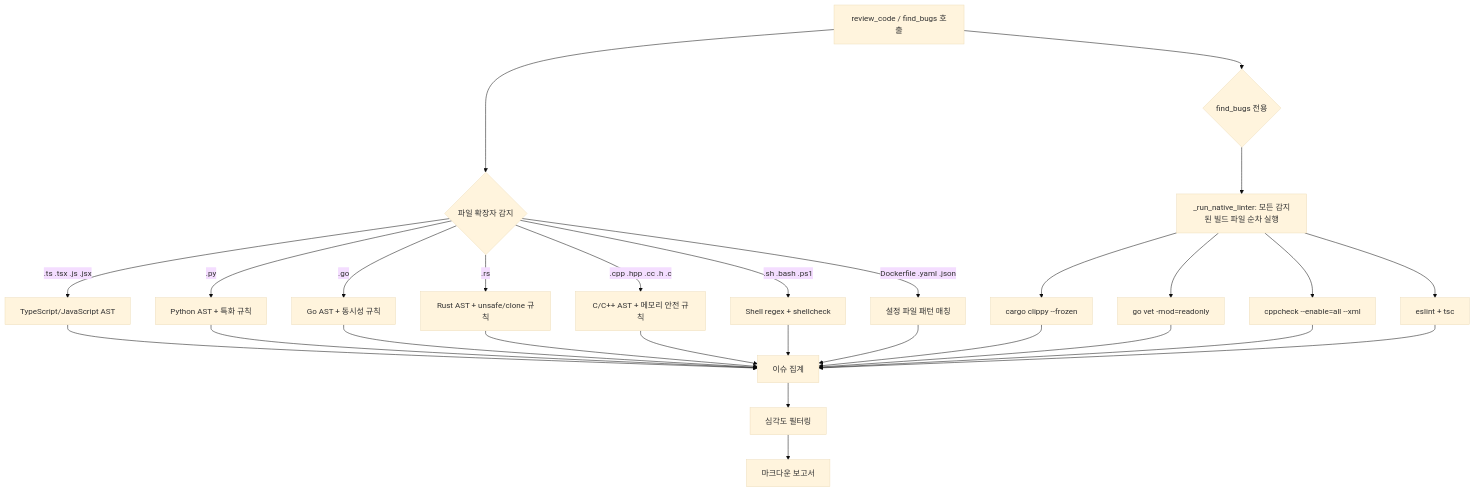
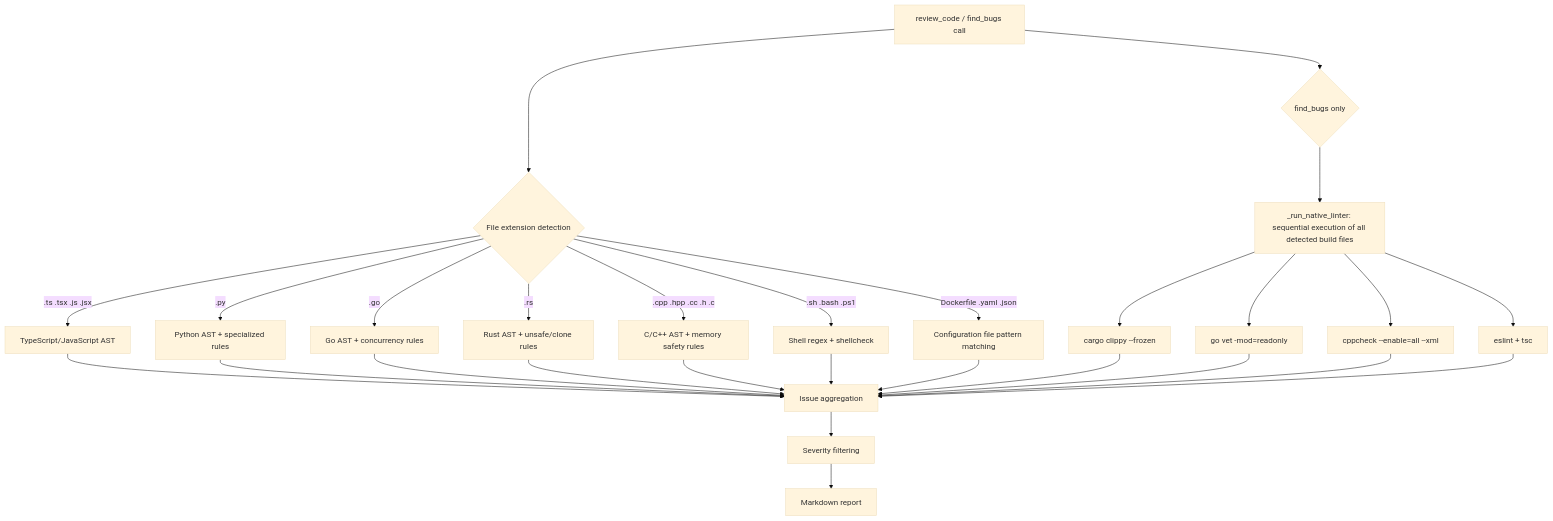
Before and after one commit to myk1yt/VibeZoo: the first of 2 diagrams in plans/multilang-analysis-engine-advancement.md, drawn with Mermaid (base theme). The commit also changed other lines of this file and 17 other files, not shown here.

````diff
--- a/plans/multilang-analysis-engine-advancement.md
+++ b/plans/multilang-analysis-engine-advancement.md
@@ -95,30 +96,30 @@
 ```mermaid
 graph TD
-    A[review_code / find_bugs 호출] --> B{파일 확장자 감지}
+    A[review_code / find_bugs call] --> B{File extension detection}
     B -->|.ts .tsx .js .jsx| C[TypeScript/JavaScript AST]
-    B -->|.py| D[Python AST + 특화 규칙]
-    B -->|.rs| F[Rust AST + unsafe/clone 규칙]
-    B -->|.cpp .hpp .cc .h .c| G[C/C++ AST + 메모리 안전 규칙]
-    B -->|.go| E[Go AST + 동시성 규칙]
+    B -->|.py| D[Python AST + specialized rules]
+    B -->|.rs| F[Rust AST + unsafe/clone rules]
+    B -->|.cpp .hpp .cc .h .c| G[C/C++ AST + memory safety rules]
+    B -->|.go| E[Go AST + concurrency rules]
     B -->|.sh .bash .ps1| H[Shell regex + shellcheck]
-    B -->|Dockerfile .yaml .json| I[설정 파일 패턴 매칭]
-    C --> J[이슈 집계]
+    B -->|Dockerfile .yaml .json| I[Configuration file pattern matching]
+    C --> J[Issue aggregation]
     D --> J
     E --> J
     F --> J
     G --> J
     H --> J
     I --> J
-    J --> K[심각도 필터링]
-    K --> L[마크다운 보고서]
-    A --> M{find_bugs 전용}
-    M --> N[_run_native_linter: 모든 감지된 빌드 파일 순차 실행]
+    J --> K[Severity filtering]
+    K --> L[Markdown report]
+    A --> M{find_bugs only}
+    M --> N[_run_native_linter: sequential execution of all detected build files]
     N --> N1[cargo clippy --frozen]
     N --> N2[go vet -mod=readonly]
     N --> N3[cppcheck --enable=all --xml]
     N --> N4[eslint + tsc]
     N1 --> J
     N2 --> J
     N3 --> J
     N4 --> J
 ```
````
